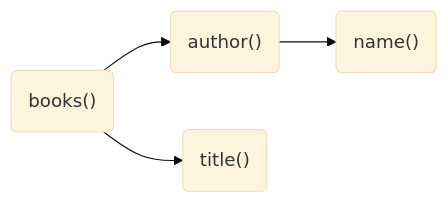
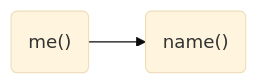
Before and after one commit to ChilliCream/graphql-platform: the third of 3 diagrams in website/src/docs/hotchocolate/fetching-data/index.md, drawn with Mermaid (base theme). The commit also changed other lines of this file, not shown here.

````diff
--- a/website/src/docs/hotchocolate/fetching-data/index.md
+++ b/website/src/docs/hotchocolate/fetching-data/index.md
@@ -52,6 +49,4 @@
 ```mermaid
 graph LR
-  A("books()") --> B("author()")
-  A --> C("title()")
-  B --> D("name()")
+  A("me()") --> B("name()")
 ```
````
